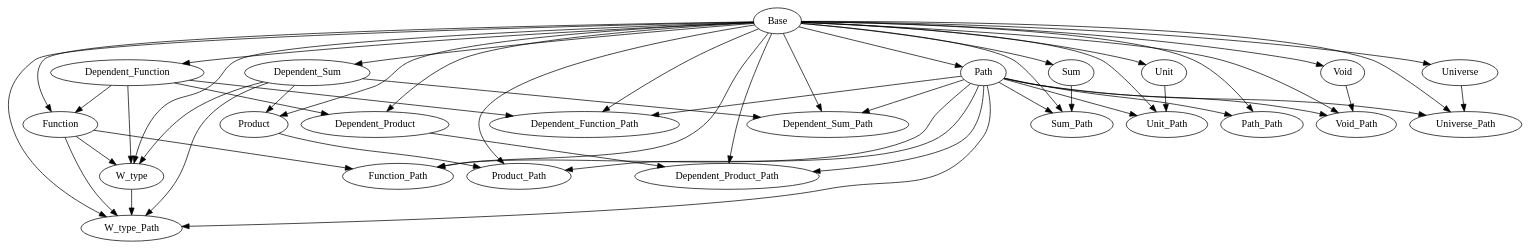
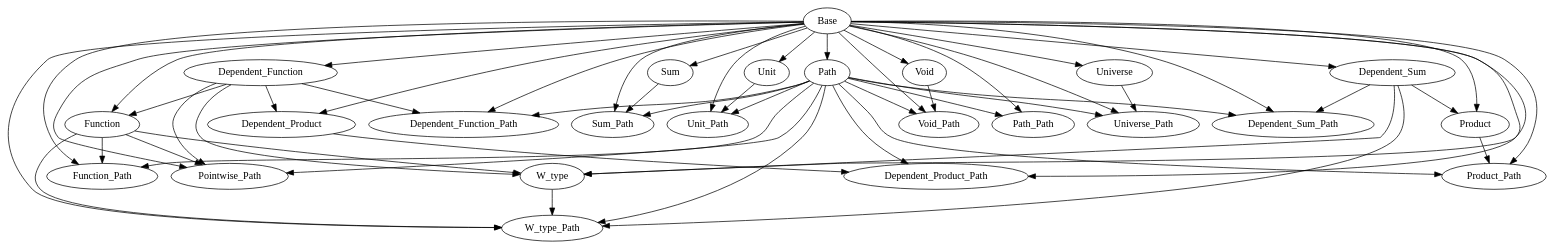
One commit to Hexirp/googology-in-coq changed the diagram in libraries/dependencies.gv. Above: the diagram before and after it, drawn with Graphviz.

Commit message:
Update: dependencies.gv を

```diff
--- a/libraries/dependencies.gv
+++ b/libraries/dependencies.gv
@@ -1,76 +1,81 @@
 digraph Dependencies {
   # Base
   # Dependent_Function
   "Base" -> "Dependent_Function";
   # Function
   "Base" -> "Function";
   "Dependent_Function" -> "Function";
   # Dependent_Product
   "Base" -> "Dependent_Product";
   "Dependent_Function" -> "Dependent_Product";
   # Dependent_Sum
   "Base" -> "Dependent_Sum";
   # Product
   "Base" -> "Product";
   "Dependent_Sum" -> "Product";
   # Sum
   "Base" -> "Sum";
   # Unit
   "Base" -> "Unit";
   # Void
   "Base" -> "Void";
   # W_type
   "Base" -> "W_type";
   "Dependent_Function" -> "W_type";
   "Function" -> "W_type";
   "Dependent_Sum" -> "W_type";
   # Universe
   "Base" -> "Universe";
   # Path
   "Base" -> "Path";
   # Dependent_Function_Path
   "Base" -> "Dependent_Function_Path";
   "Dependent_Function" -> "Dependent_Function_Path";
   "Path" -> "Dependent_Function_Path";
   # Function_Path
   "Base" -> "Function_Path";
   "Function" -> "Function_Path";
   "Path" -> "Function_Path";
   # Dependent_Product_Path
   "Base" -> "Dependent_Product_Path";
   "Dependent_Product" -> "Dependent_Product_Path";
   "Path" -> "Dependent_Product_Path";
   # Dependent_Sum_Path
   "Base" -> "Dependent_Sum_Path";
   "Dependent_Sum" -> "Dependent_Sum_Path";
   "Path" -> "Dependent_Sum_Path";
   # Product_Path
   "Base" -> "Product_Path";
   "Product" -> "Product_Path";
   "Path" -> "Product_Path";
   # Sum_Path
   "Base" -> "Sum_Path";
   "Sum" -> "Sum_Path";
   "Path" -> "Sum_Path";
   # Unit_Path
   "Base" -> "Unit_Path";
   "Unit" -> "Unit_Path";
   "Path" -> "Unit_Path";
   # Void_Path
   "Base" -> "Void_Path";
   "Void" -> "Void_Path";
   "Path" -> "Void_Path";
   # W_type_Path
   "Base" -> "W_type_Path";
   "Function" -> "W_type_Path";
   "Dependent_Sum" -> "W_type_Path";
   "W_type" -> "W_type_Path";
   "Path" -> "W_type_Path";
   # Universe_Path
   "Base" -> "Universe_Path";
   "Universe" -> "Universe_Path";
   "Path" -> "Universe_Path";
   # Path_Path
   "Base" -> "Path_Path";
   "Path" -> "Path_Path";
+  # Pointwise_Path
+  "Base" -> "Pointwise_Path";
+  "Dependent_Function" -> "Pointwise_Path";
+  "Function" -> "Pointwise_Path";
+  "Path" -> "Pointwise_Path";
 }
```
